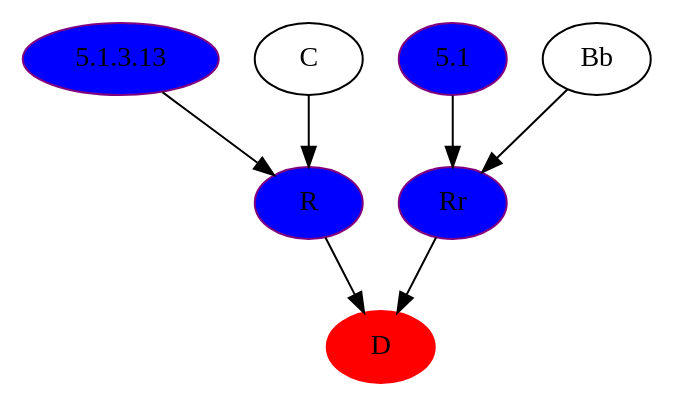
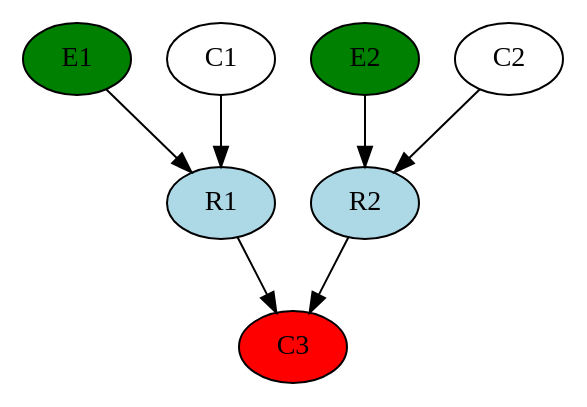
Before and after one commit to h3llcat25/BachelorQUBOProject: the diagram in graphStuff/graphoz/xtra_modified_a.dot, drawn with Graphviz. The commit also changed 51 other files, not shown here.

```diff
--- a/graphStuff/graphoz/xtra_modified_a.dot
+++ b/graphStuff/graphoz/xtra_modified_a.dot
@@ -1,15 +1,16 @@
 digraph G {
-"5.1.3.13" [color=purple, fillcolor=blue, style=filled, type=E];
-C [type=C];
-R [color=purple, fillcolor=blue, style=filled, type=R];
-"5.1" [color=purple, fillcolor=blue, style=filled, type=E];
-Bb [type=C];
-Rr [color=purple, fillcolor=blue, style=filled, type=R];
-D [color=red, fillcolor=red, style=filled, type=C];
-"5.1.3.13" -> R;
-C -> R;
-R -> D;
-"5.1" -> Rr;
-Bb -> Rr;
-Rr -> D;
+E1 [fillcolor=green, style=filled];
+C1 [type=C];
+R1 [ fillcolor=lightblue, style=filled, type=R];
+E2 [ fillcolor=green, style=filled, type=E];
+C2 [type=C];
+R2 [fillcolor=lightblue, style=filled, type=R];
+C3 [fillcolor=red, style=filled, type=C];
+
+C1 -> R1;
+E1 -> R1;
+C2 -> R2;
+E2 -> R2;
+R1 -> C3;
+R2 -> C3;
 }
```
